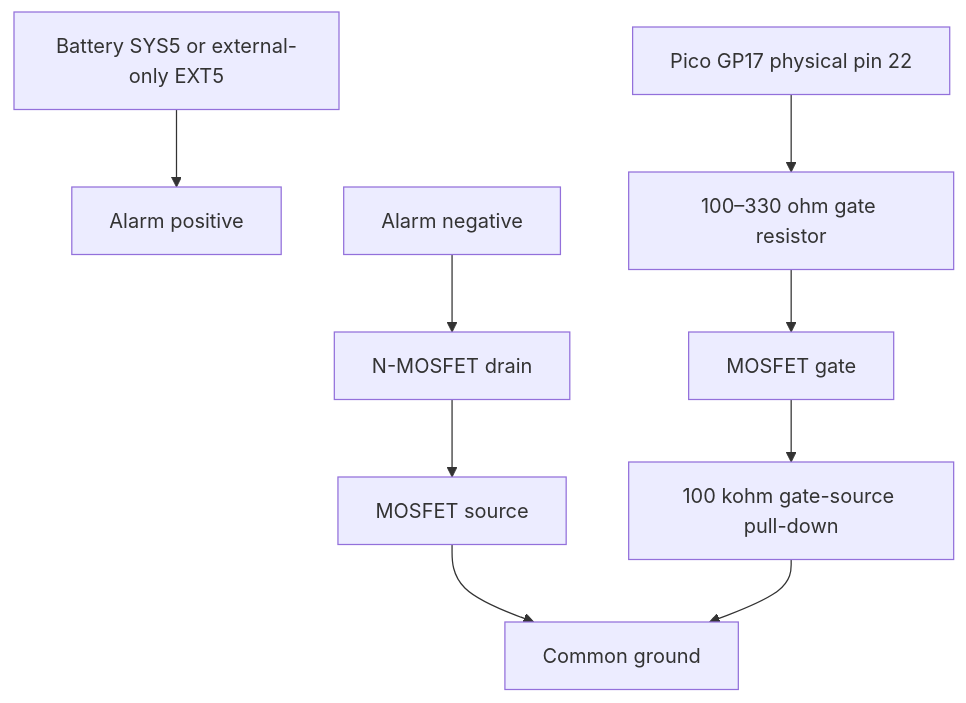
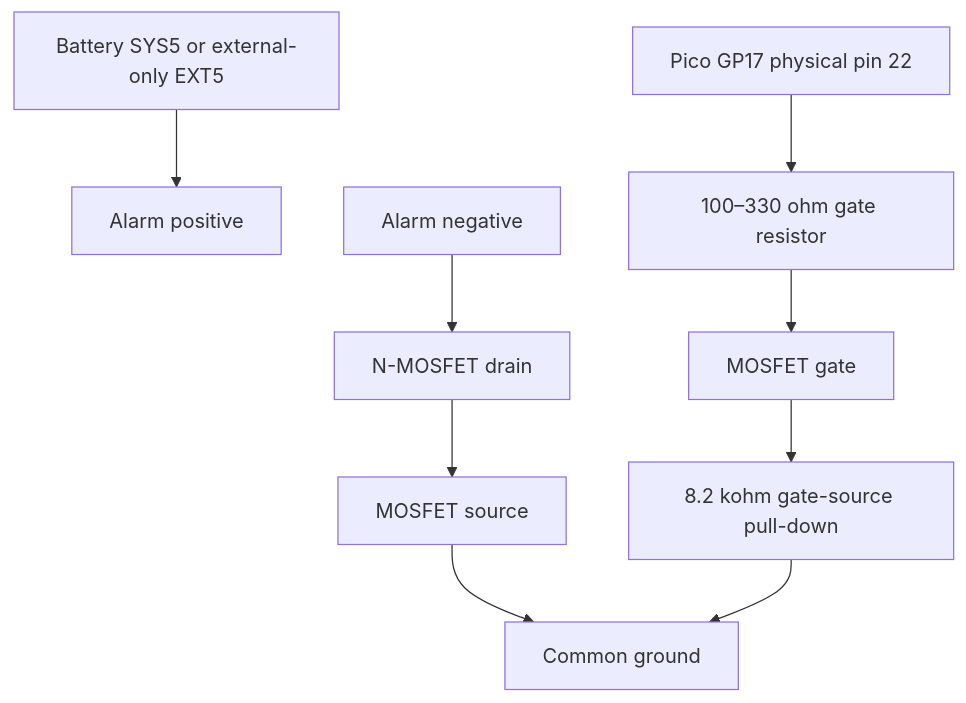
Before and after one commit to frye/moorpheus: the fourth of 5 diagrams in docs/pico_2_w_anchor_alarm_build_guide_v2.md, drawn with Mermaid. The commit also changed other lines of this file and 13 other files, not shown here.

````diff
--- a/docs/pico_2_w_anchor_alarm_build_guide_v2.md
+++ b/docs/pico_2_w_anchor_alarm_build_guide_v2.md
@@ -347,11 +353,11 @@
 ```mermaid
 flowchart TD
     SYS["Battery SYS5 or external-only EXT5"] --> AP["Alarm positive"]
     AN["Alarm negative"] --> D["N-MOSFET drain"]
     D --> S["MOSFET source"]
     S --> GND["Common ground"]
     GPIO["Pico GP17 physical pin 22"] --> R["100–330 ohm gate resistor"]
     R --> G["MOSFET gate"]
-    G --> PD["100 kohm gate-source pull-down"]
+    G --> PD["8.2 kohm gate-source pull-down"]
     PD --> GND
 ```
````
